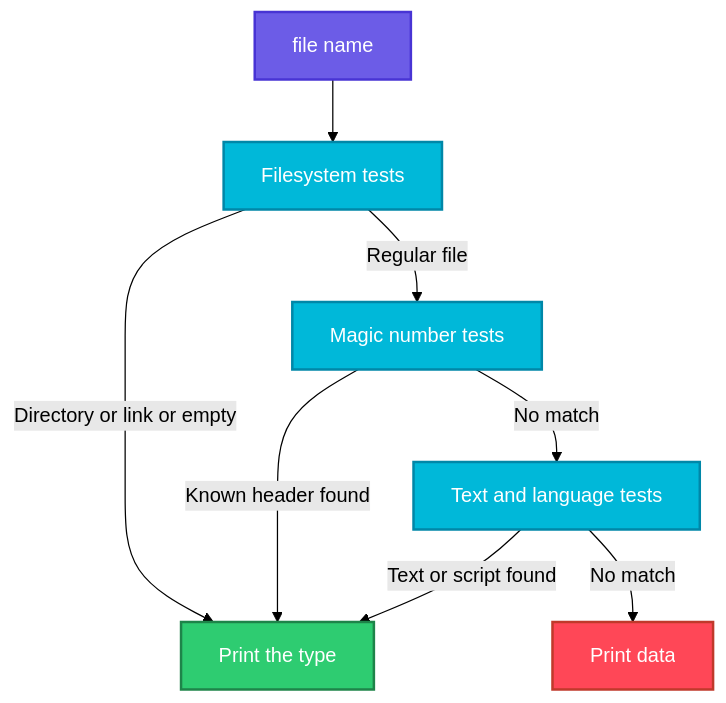
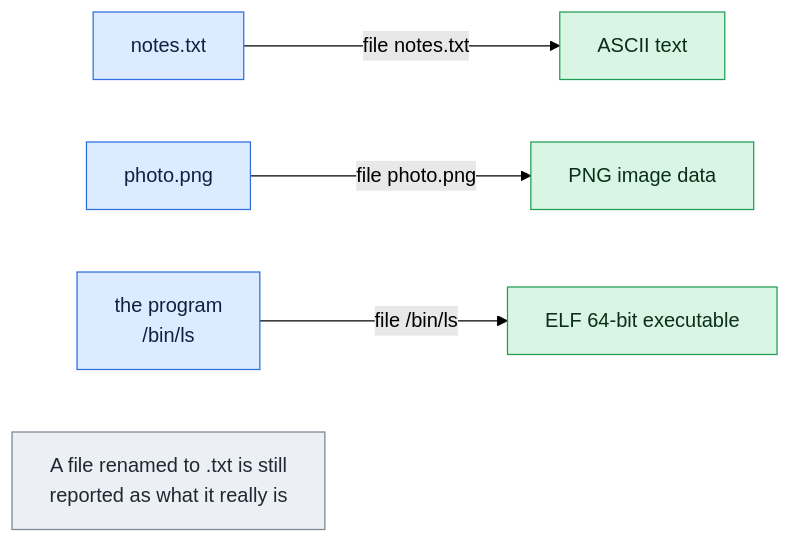
One commit to codeKerdosTech/DevOps-Documentation changed the diagram in linux/file-management/file.md. Above: the diagram before and after it, drawn with Mermaid (forest theme). The commit also changed other lines of this file and 165 other files, not shown here.

Commit message:
updated diagrams in linux

````diff
--- a/linux/file-management/file.md
+++ b/linux/file-management/file.md
@@ -14,21 +14,15 @@
 ```mermaid
-flowchart TD
-    A[file name] --> B[Filesystem tests]
-    B -->|Directory or link or empty| F[Print the type]
-    B -->|Regular file| C[Magic number tests]
-    C -->|Known header found| F
-    C -->|No match| D[Text and language tests]
-    D -->|Text or script found| F
-    D -->|No match| E[Print data]
-    classDef start fill:#6C5CE7,stroke:#4834D4,stroke-width:2px,color:#fff
-    classDef proc fill:#00B8D9,stroke:#0087A8,stroke-width:2px,color:#fff
-    classDef dec fill:#FFC312,stroke:#E1A100,stroke-width:2px,color:#222
-    classDef ok fill:#2ECC71,stroke:#1E8449,stroke-width:2px,color:#fff
-    classDef err fill:#FF4757,stroke:#C0392B,stroke-width:2px,color:#fff
-    classDef out fill:#FD79A8,stroke:#E84393,stroke-width:2px,color:#fff
-    classDef alt fill:#FF9F43,stroke:#E67E22,stroke-width:2px,color:#fff
-    class A start
-    class B,C,D proc
-    class F ok
-    class E err
+flowchart LR
+    i1[notes.txt] -->|file notes.txt| o1[ASCII text]
+    i2[photo.png] -->|file photo.png| o2[PNG image data]
+    i3[the program<br/>/bin/ls] -->|file /bin/ls| o3[ELF 64-bit executable]
+    n1[A file renamed to .txt is still<br/>reported as what it really is]
+    classDef inp fill:#DCEBFF,stroke:#2F6FDE,color:#10213F
+    classDef cmd fill:#FFF0C2,stroke:#C98A00,color:#3A2A00
+    classDef out fill:#D9F5E3,stroke:#1F9D55,color:#0B2E1A
+    classDef bad fill:#FDE0E0,stroke:#D13B3B,color:#4A0F0F
+    classDef note fill:#ECEFF3,stroke:#7B8794,color:#1F2933
+    class i1,i2,i3 inp
+    class o1,o2,o3 out
+    class n1 note
 ```
````
